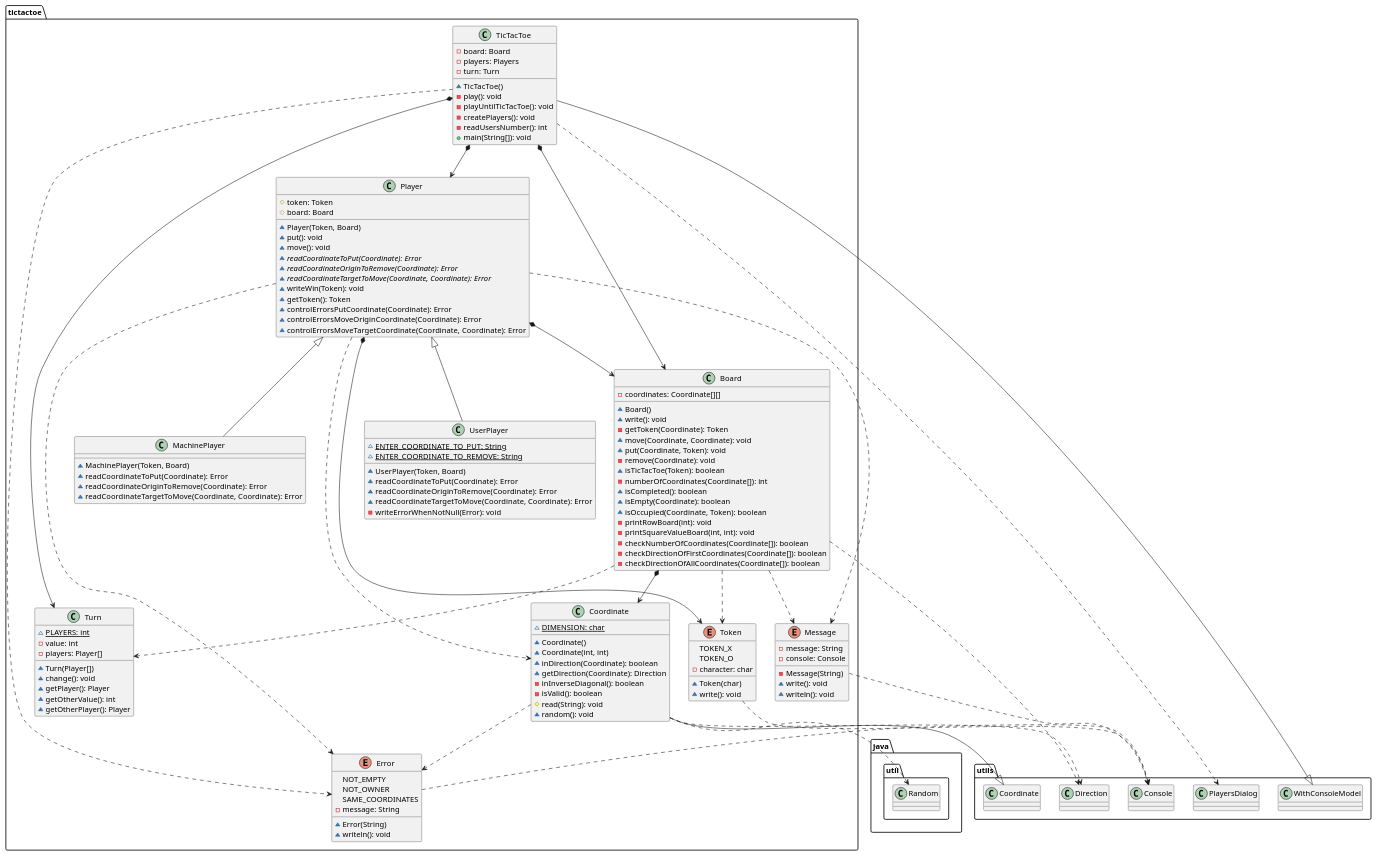
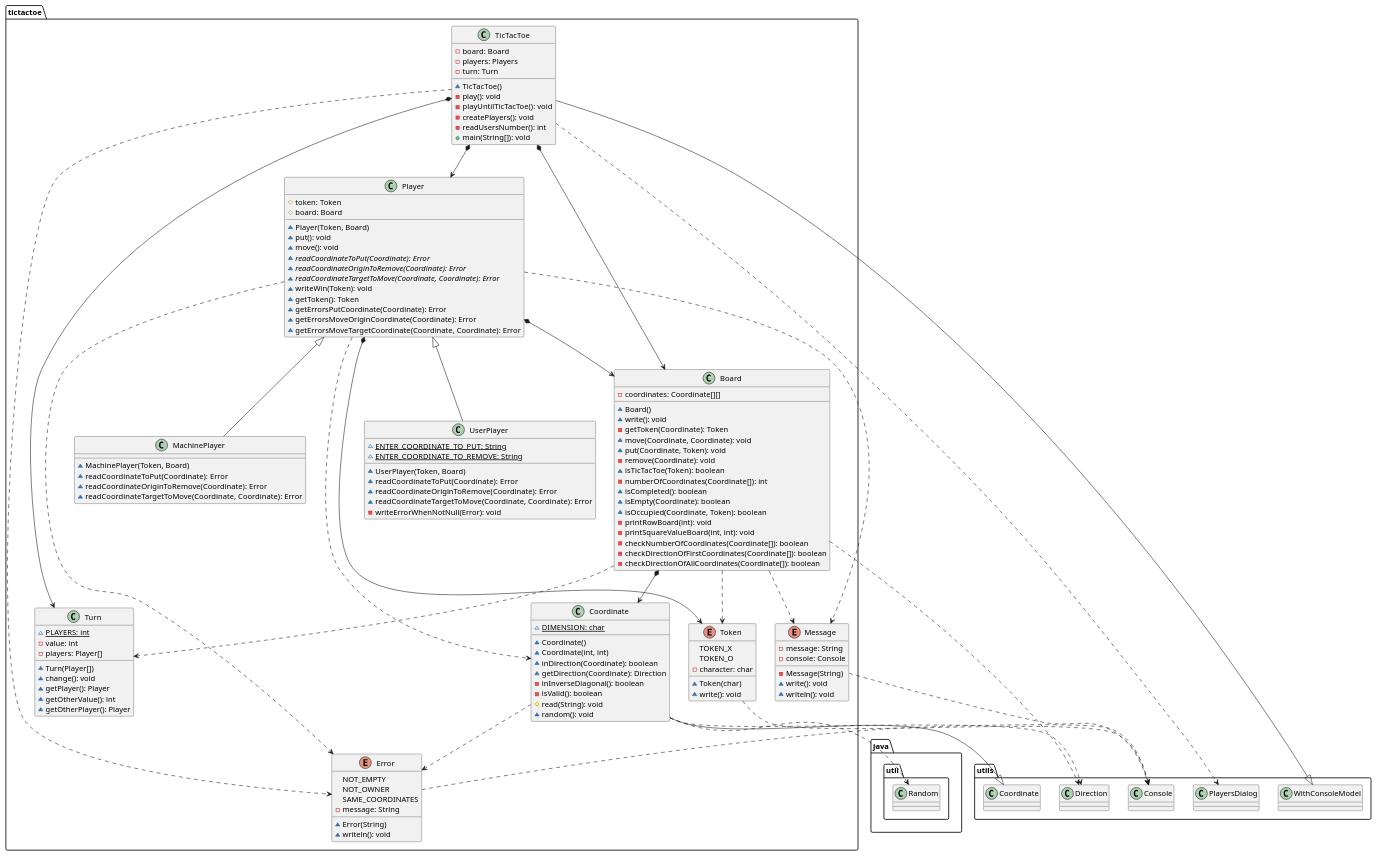
The second of 4 diagrams in docs/src/docs/asciidoc/index.adoc (x-USantaTecla-game-ticTacToe/java), drawn with PlantUML before and after one commit. The commit also changed 4 other files, not shown here.

```diff
--- a/docs/src/docs/asciidoc/index.adoc
+++ b/docs/src/docs/asciidoc/index.adoc
@@ -129,9 +129,9 @@
 ~ {abstract} readCoordinateTargetToMove(Coordinate, Coordinate): Error
 ~ writeWin(Token): void
 ~ getToken(): Token
-~ controlErrorsPutCoordinate(Coordinate): Error
-~ controlErrorsMoveOriginCoordinate(Coordinate): Error
-~ controlErrorsMoveTargetCoordinate(Coordinate, Coordinate): Error
+~ getErrorsPutCoordinate(Coordinate): Error
+~ getErrorsMoveOriginCoordinate(Coordinate): Error
+~ getErrorsMoveTargetCoordinate(Coordinate, Coordinate): Error
 }
 tictactoe.Player *-down-> tictactoe.Token
 tictactoe.Player *-down-> tictactoe.Board
```
